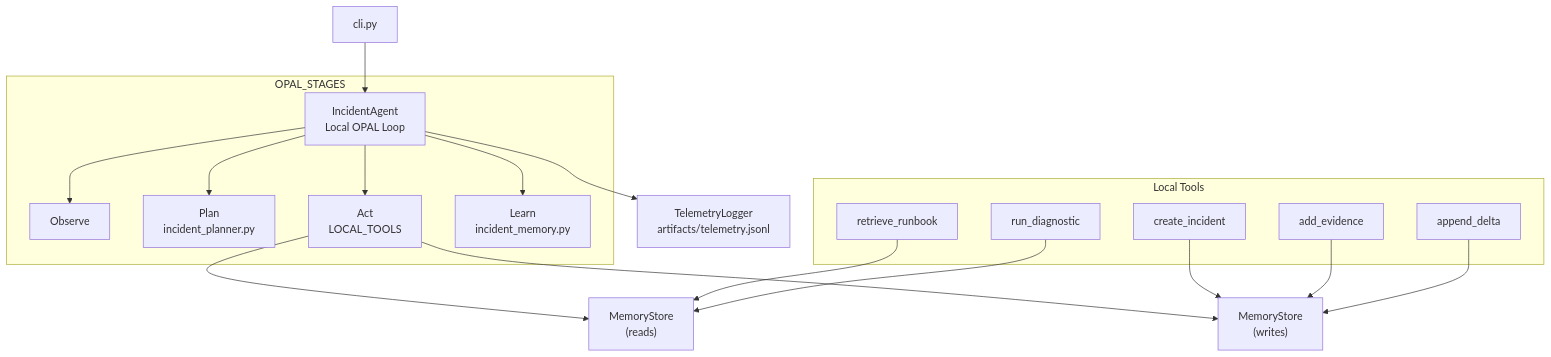
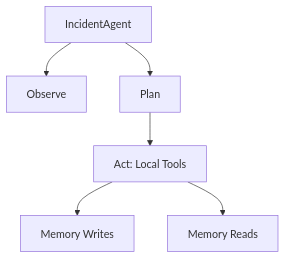
Before and after one commit to FranQuant/the_ai_engineer_capstones: the third of 3 diagrams in capstones/week04_agentic_incident_command/README_week04_capstone.md, drawn with Mermaid. The commit also changed other lines of this file and 1 other file, not shown here.

Commit message:
Add polished Week 04 Capstone README and updated telemetry logs

````diff
--- a/capstones/week04_agentic_incident_command/README_week04_capstone.md
+++ b/capstones/week04_agentic_incident_command/README_week04_capstone.md
@@ -48,33 +49,8 @@
 ```mermaid
 flowchart TD
-    CLI["cli.py"] --> IA["IncidentAgent\nLocal OPAL Loop"]
-
-    subgraph OPAL_STAGES
-        IA --> OBS["Observe"]
-        IA --> PLN["Plan\nincident_planner.py"]
-        IA --> ACT["Act\nLOCAL_TOOLS"]
-        IA --> LRN["Learn\nincident_memory.py"]
-    end
-
-    %% Memory interactions
-    ACT --> MEMR["MemoryStore\n(reads)"]
-    ACT --> MEMW["MemoryStore\n(writes)"]
-
-    %% Local Tool Handlers
-    subgraph LOCAL_TOOLS["Local Tools"]
-        RT["retrieve_runbook"]
-        RD["run_diagnostic"]
-        CI["create_incident"]
-        AE["add_evidence"]
-        AD["append_delta"]
-    end
-
-    %% Tool → memory mapping
-    RT --> MEMR
-    RD --> MEMR
-    CI --> MEMW
-    AE --> MEMW
-    AD --> MEMW
-
-    IA --> TELE["TelemetryLogger\nartifacts/telemetry.jsonl"]
+    IA["IncidentAgent"] --> OBS["Observe"]
+    IA --> PLAN["Plan"]
+    PLAN --> ACT["Act: Local Tools"]
+    ACT --> MEMW["Memory Writes"]
+    ACT --> MEMR["Memory Reads"]
 ```
````
